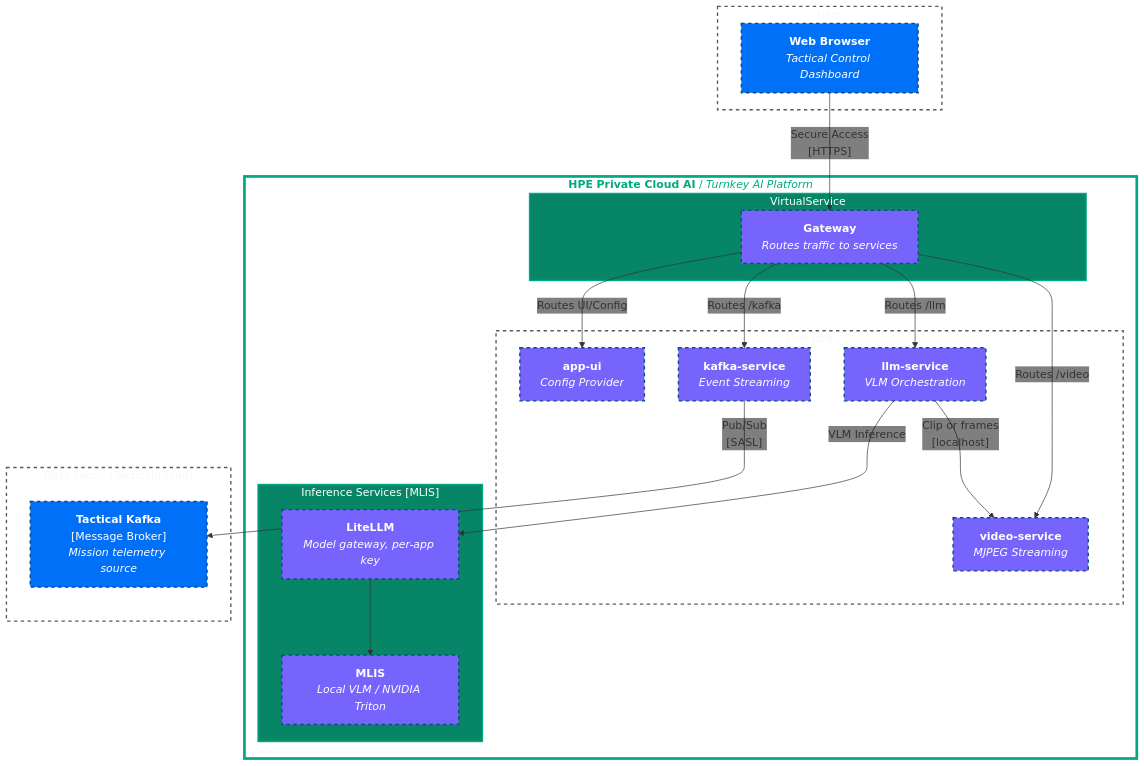
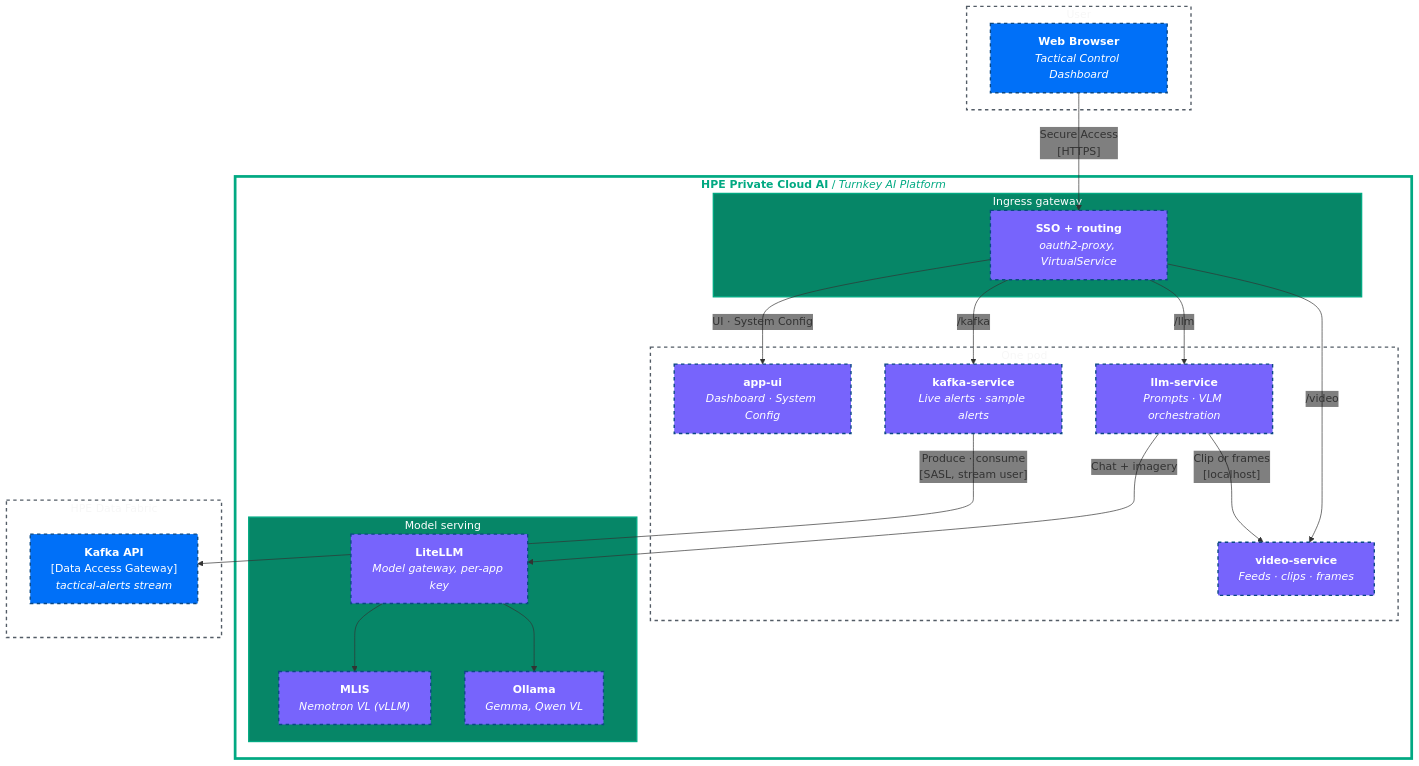
Before and after one commit to erdincka/defence-ops: the diagram in DIAGRAM.md, drawn with Mermaid. The commit also changed other lines of this file and 19 other files, not shown here.

First line of the commit message:
military prompts, feed-matched alerts, Escape closes dialogs

````diff
--- a/DIAGRAM.md
+++ b/DIAGRAM.md
@@ -7,63 +7,65 @@
 ```mermaid
 %%{ init: { 'themeVariables': { 'edgeLabelBackground': 'transparent', 'primaryTextColor': '#F7F7F7', 'secondaryTextColor': '#F7F7F7', 'tertiaryTextColor': '#F7F7F7' } } }%%
 flowchart TD
     %% Styling Classes
     classDef container fill:#7764fc,color:#fff,stroke:#0b4884,stroke-width:2px;
     classDef outsider fill:#0070f8,color:#fff,stroke:#0b4884,stroke-width:2px;
     classDef node fill:none,color:#F7F7F7,stroke:#535C66,stroke-width:2px,stroke-dasharray: 5 5;
     classDef external fill:#3E4550,color:#fff,stroke:#666,stroke-width:2px;
     classDef database fill:#6c2b7c,color:#fff,stroke:#0b4884,stroke-width:2px;
 
     %% 1. User Context (Top)
     subgraph user ["User"]
         spa["<b>Web Browser</b><br/><i>Tactical Control Dashboard</i>"]
     end
     class spa outsider;
 
     %% 2. HPE Private Cloud AI
     subgraph pcai ["<b>HPE Private Cloud AI</b> / <i>Turnkey AI Platform</i>"]
-        subgraph gateway ["&nbsp; VirtualService &nbsp;"]
-            istio["&nbsp; &nbsp; &nbsp; &nbsp; &nbsp; &nbsp; <b>Gateway</b> &nbsp; &nbsp; &nbsp; &nbsp; &nbsp; &nbsp;<br/><i>Routes traffic to services</i>"]
+        subgraph gateway ["&nbsp; Ingress gateway &nbsp;"]
+            istio["&nbsp; &nbsp; &nbsp; <b>SSO + routing</b> &nbsp; &nbsp; &nbsp;<br/><i>oauth2-proxy, VirtualService</i>"]
         end
         class istio container;
         subgraph ns ["One pod"]
 
-            app_ui_svc["<b>app-ui</b><br/><i>Config Provider</i>"]
-            llm_svc["<b>llm-service</b><br/><i>VLM Orchestration</i>"]
-            kafka_svc["<b>kafka-service</b><br/><i>Event Streaming</i>"]
-            video_svc["<b>video-service</b><br/><i>MJPEG Streaming</i>"]
+            app_ui_svc["<b>app-ui</b><br/><i>Dashboard · System Config</i>"]
+            llm_svc["<b>llm-service</b><br/><i>Prompts · VLM orchestration</i>"]
+            kafka_svc["<b>kafka-service</b><br/><i>Live alerts · sample alerts</i>"]
+            video_svc["<b>video-service</b><br/><i>Feeds · clips · frames</i>"]
             class app_ui_svc,llm_svc,kafka_svc,video_svc container;
             
         end
-        subgraph inf_cluster ["Inference Services [MLIS]"]
+        subgraph inf_cluster ["Model serving"]
             litellm["<b>LiteLLM</b><br/><i>Model gateway, per-app key</i>"]
-            mlis["<b>MLIS</b><br/><i>Local VLM / NVIDIA Triton</i>"]
+            mlis["<b>MLIS</b><br/><i>Nemotron VL (vLLM)</i>"]
+            ollama["<b>Ollama</b><br/><i>Gemma, Qwen VL</i>"]
         end
-        class litellm,mlis container;
+        class litellm,mlis,ollama container;
     end
 
     %% 3. External Dependencies (Bottom)
-    subgraph external ["Data Fabric (Tactical/Cloud)"]
-        kafka_cluster["<b>Tactical Kafka</b><br/>[Message Broker]<br/><i>Mission telemetry source</i>"]
+    subgraph external ["HPE Data Fabric"]
+        kafka_cluster["<b>Kafka API</b><br/>[Data Access Gateway]<br/><i>tactical-alerts stream</i>"]
     end
     class kafka_cluster outsider;
 
     %% --- Layout & Relationships ---
     spa -- "Secure Access<br/>[HTTPS]" --> istio
-    istio -- "Routes UI/Config" --> app_ui_svc
-    istio -- "Routes /llm" --> llm_svc
-    istio -- "Routes /kafka" --> kafka_svc
-    istio -- "Routes /video" --> video_svc
+    istio -- "UI · System Config" --> app_ui_svc
+    istio -- "/llm" --> llm_svc
+    istio -- "/kafka" --> kafka_svc
+    istio -- "/video" --> video_svc
     
     %% Aligning lower components side-by-side
-    llm_svc -- "VLM Inference" --> litellm
+    llm_svc -- "Chat + imagery" --> litellm
     litellm --> mlis
+    litellm --> ollama
     llm_svc -- "Clip or frames<br/>[localhost]" --> video_svc
-    kafka_svc -- "Pub/Sub<br/>[SASL]" --> kafka_cluster
+    kafka_svc -- "Produce · consume<br/>[SASL, stream user]" --> kafka_cluster
     
     %% --- Custom Standout Styling ---
     style pcai fill:none,stroke:#01a982,stroke-width:4px,color:#01a982
     style gateway fill:#068667,stroke:#01a982,stroke-width:2px,color:#fff
     style inf_cluster fill:#068667,stroke:#01a982,stroke-width:2px,color:#fff
     class user,ns,pods,storage,external node;
 ```
````
